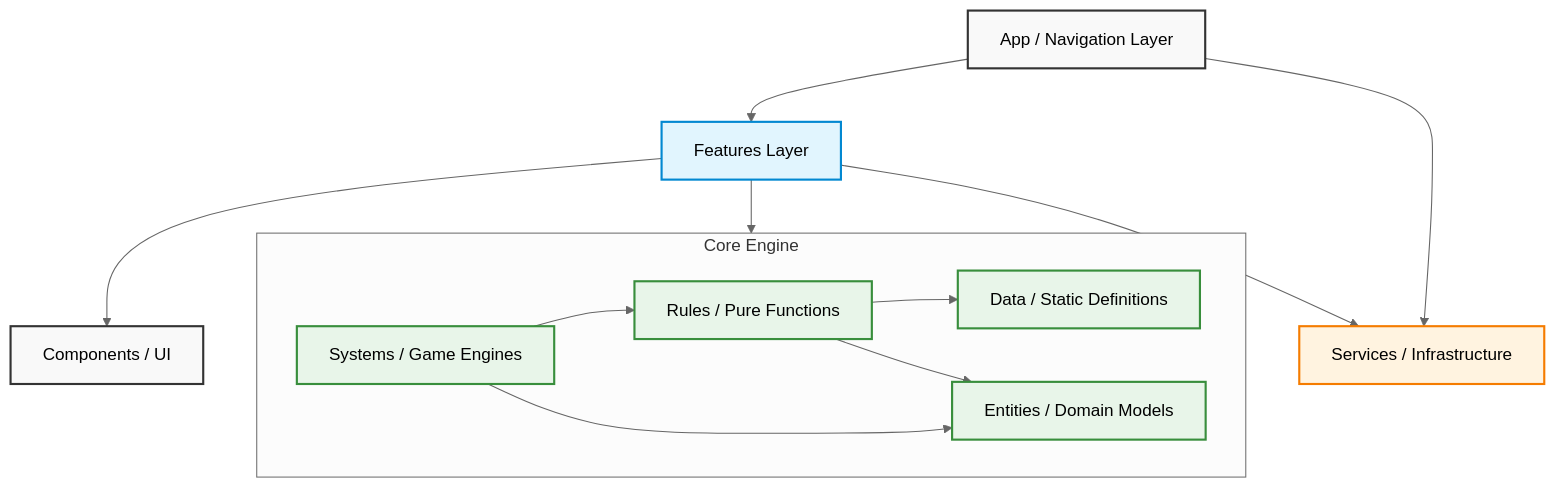
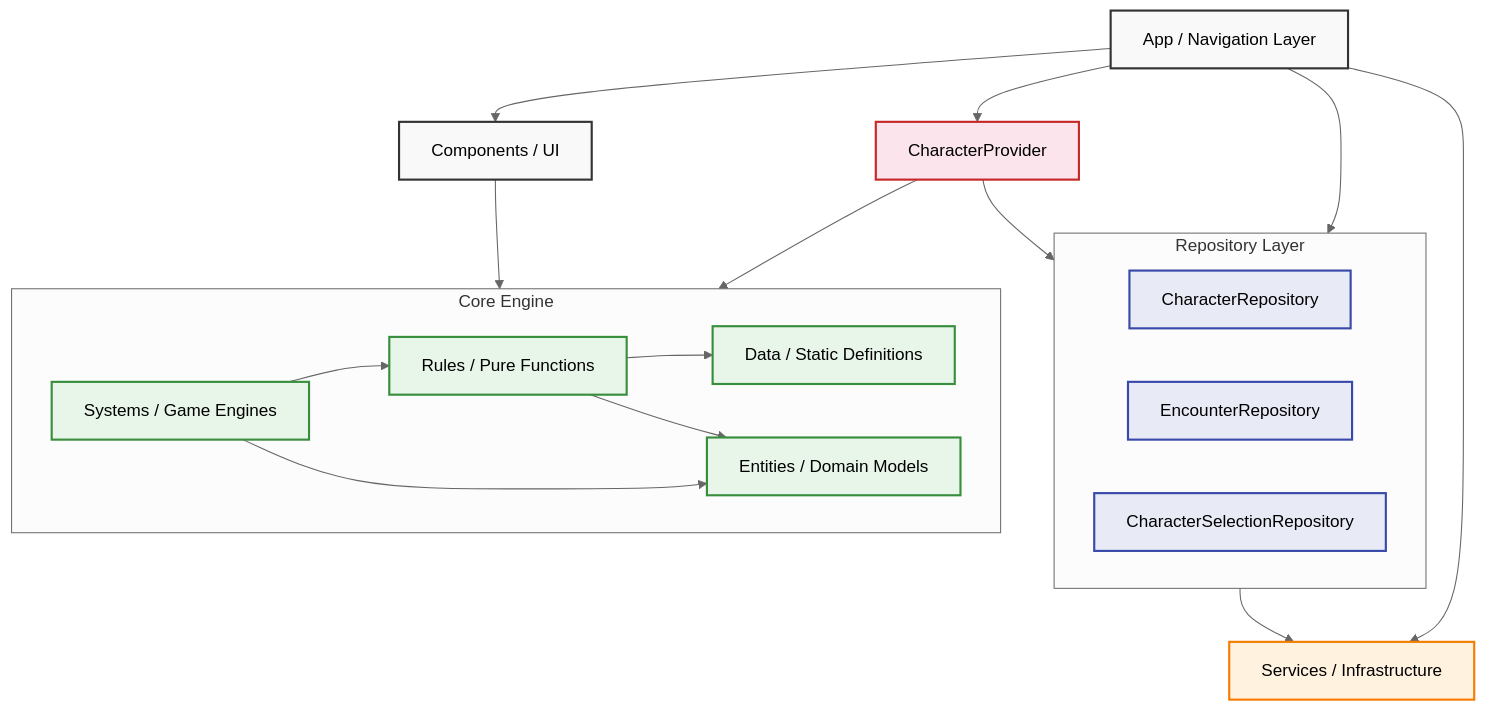
One commit to JaredReyes107/DnD-Companion changed the diagram in docs/architecture.md. Above: the diagram before and after it, drawn with Mermaid (neutral theme). The commit also changed other lines of this file and 8 other files, not shown here.

First line of the commit message:
Feat/encounter repository (#48)

````diff
--- a/docs/architecture.md
+++ b/docs/architecture.md
@@ -9,35 +9,48 @@
 ```mermaid
 graph TD
     %% Define Layers
     App[App / Navigation Layer]:::uiLayer
-    Features[Features Layer]:::featureLayer
+    Components[Components / UI]:::uiLayer
+    Provider[CharacterProvider]:::providerLayer
+
+    subgraph Repositories [Repository Layer]
+        CRepo[CharacterRepository]:::repoLayer
+        ERepo[EncounterRepository]:::repoLayer
+        SRepo[CharacterSelectionRepository]:::repoLayer
+    end
+
     Services[Services / Infrastructure]:::infraLayer
-    Components[Components / UI]:::uiLayer
 
     %% Core Subsystems
     subgraph Core [Core Engine]
         Data[Data / Static Definitions]:::coreLayer
         Entities[Entities / Domain Models]:::coreLayer
         Rules[Rules / Pure Functions]:::coreLayer
         Systems[Systems / Game Engines]:::coreLayer
 
         Rules --> Entities
         Rules --> Data
         Systems --> Rules
         Systems --> Entities
     end
 
     %% Dependencies
-    App --> Features
+    App --> Provider
+    App --> Repositories
     App --> Services
 
-    Features --> Core
-    Features --> Components
-    Features --> Services
+    Provider --> Repositories
+    Provider --> Core
+
+    App --> Components
+    Components --> Core
+
+    Repositories --> Services
 
     %% Styling
     classDef uiLayer fill:#f9f9f9,stroke:#333,stroke-width:2px;
-    classDef featureLayer fill:#e1f5fe,stroke:#0288d1,stroke-width:2px;
+    classDef providerLayer fill:#fce4ec,stroke:#c62828,stroke-width:2px;
+    classDef repoLayer fill:#e8eaf6,stroke:#3949ab,stroke-width:2px;
     classDef infraLayer fill:#fff3e0,stroke:#f57c00,stroke-width:2px;
     classDef coreLayer fill:#e8f5e9,stroke:#388e3c,stroke-width:2px;
 ```
````
